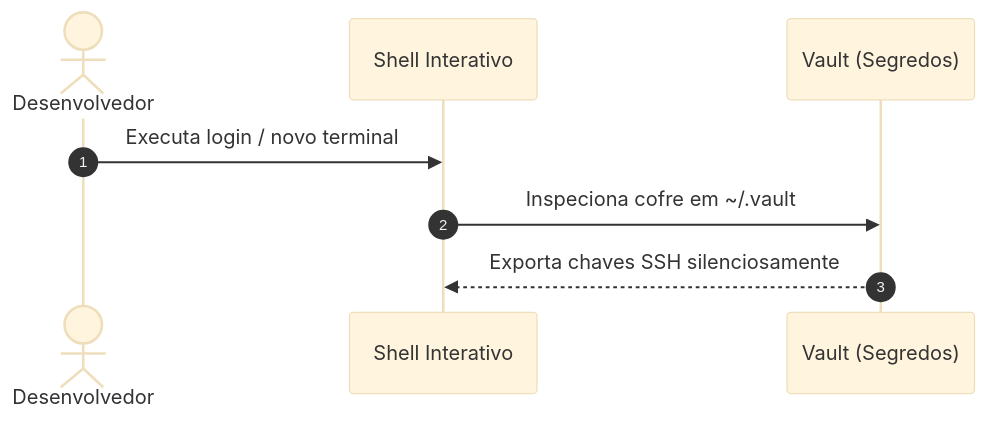
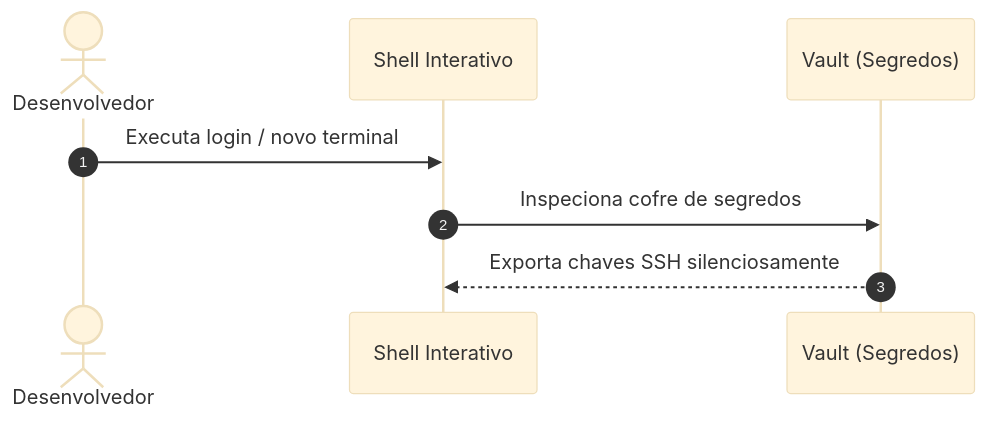
Before and after one commit to GabrielFrigo4/profile: the second of 2 diagrams in agents/skills/technical-writing-standards/references/diagrams-mermaid.md, drawn with Mermaid (base theme). The commit also changed 133 other files, not shown here.

````diff
--- a/agents/skills/technical-writing-standards/references/diagrams-mermaid.md
+++ b/agents/skills/technical-writing-standards/references/diagrams-mermaid.md
@@ -37,11 +37,11 @@
 ```mermaid
 sequenceDiagram
     autonumber
     actor Dev as Desenvolvedor
     participant Sh as Shell Interativo
     participant V as Vault (Segredos)
 
     Dev->>Sh: Executa login / novo terminal
-    Sh->>V: Inspeciona cofre em ~/.vault
+    Sh->>V: Inspeciona cofre de segredos
     V-->>Sh: Exporta chaves SSH silenciosamente
 ```
````
